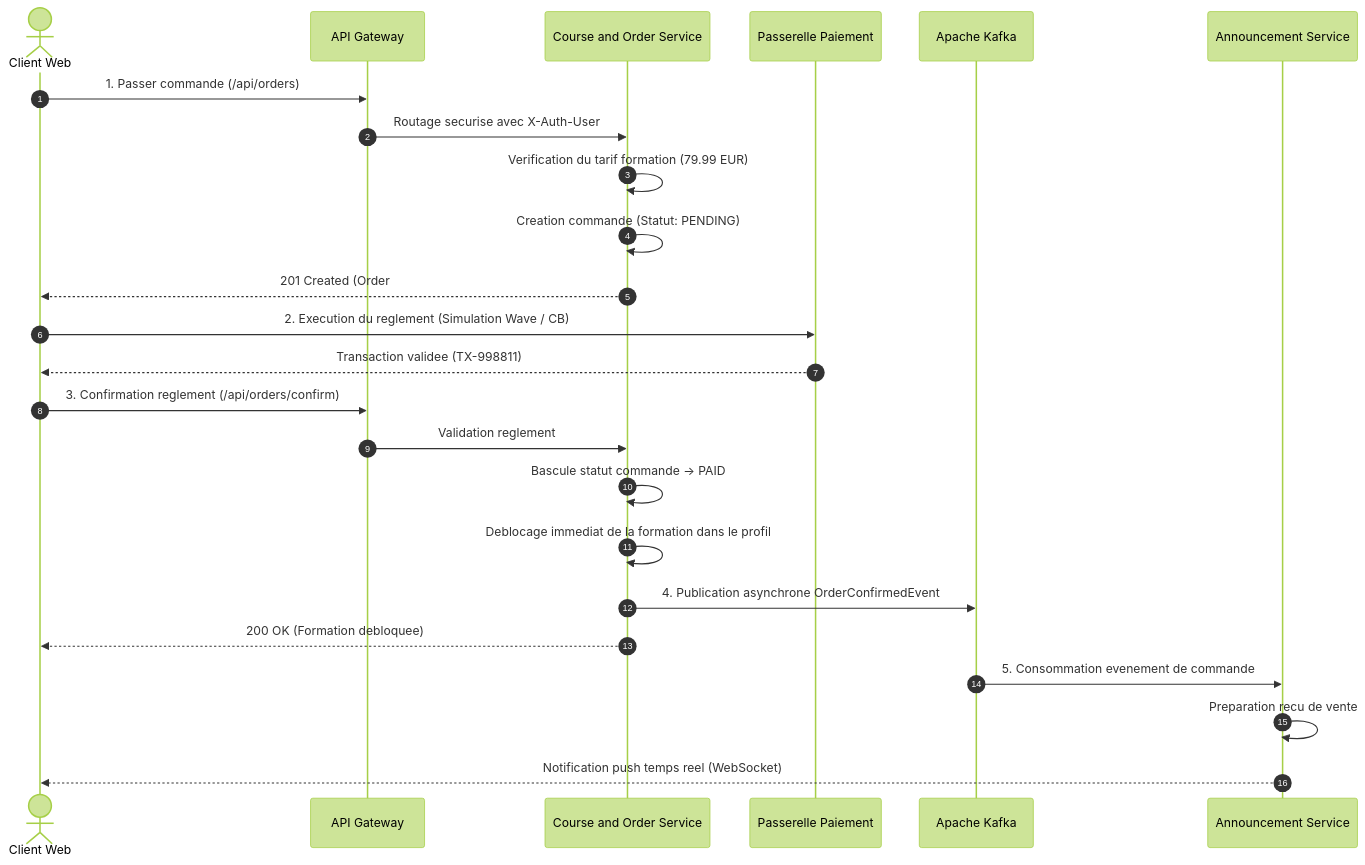
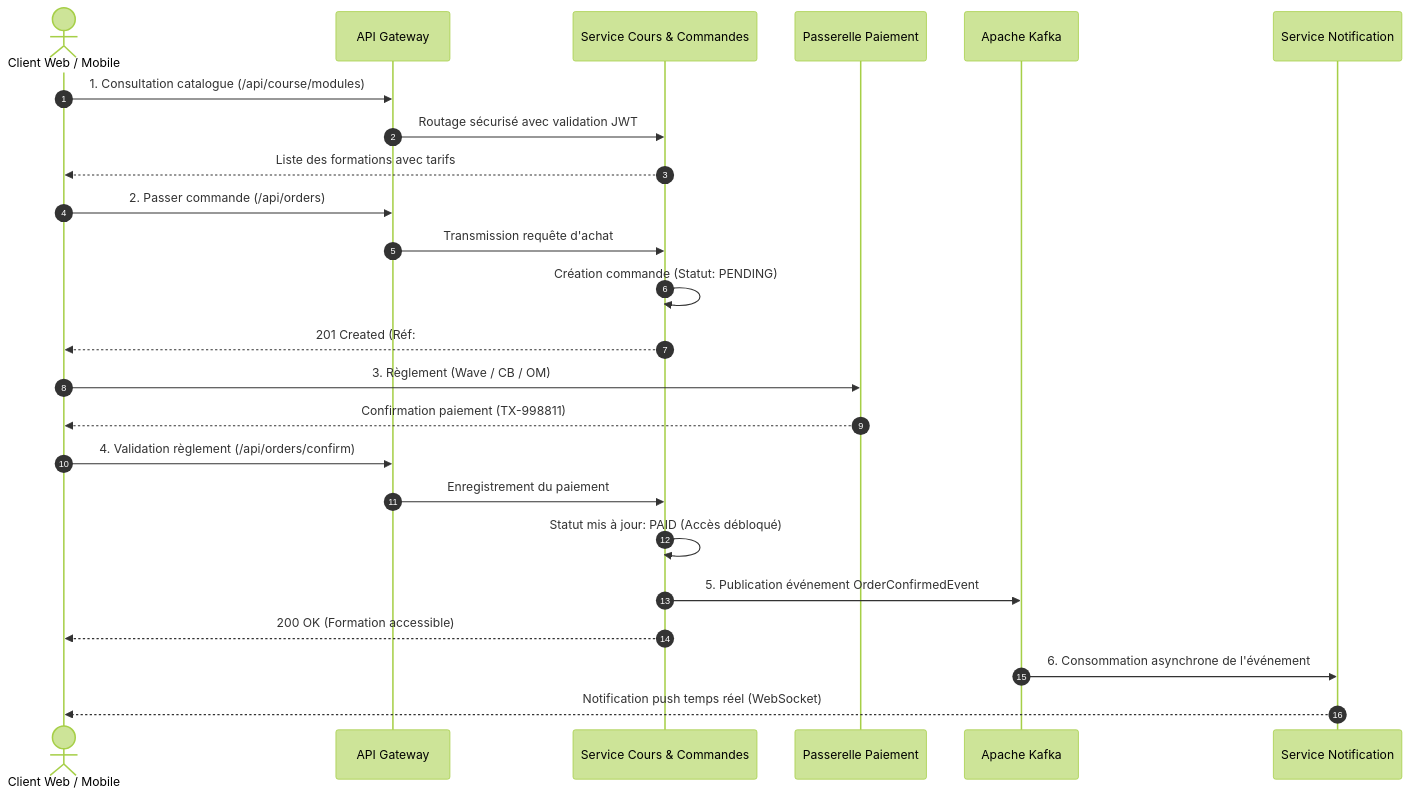
One commit to cloudDevML/architecture-logicielle-ecommerce changed the fourth of 5 diagrams in rapport/RAPPORT_ARCHITECTURE_LOGICIELLE.md. Above: the diagram before and after it, drawn with Mermaid (forest theme). The commit also changed other lines of this file and 2 other files, not shown here.

Commit message:
docs(architecture): integration de la matrice de decision, DDD strategique et Clean Architecture dans le rapport

````diff
--- a/rapport/RAPPORT_ARCHITECTURE_LOGICIELLE.md
+++ b/rapport/RAPPORT_ARCHITECTURE_LOGICIELLE.md
@@ -218,30 +245,31 @@
 ```mermaid
 sequenceDiagram
     autonumber
-    actor Client as Client Web
+    actor Client as Client Web / Mobile
     participant GW as API Gateway
-    participant CS as Course and Order Service
+    participant CS as Service Cours & Commandes
     participant Pay as Passerelle Paiement
     participant KF as Apache Kafka
-    participant NS as Announcement Service
+    participant NS as Service Notification
 
-    Client->>GW: 1. Passer commande (/api/orders)
-    GW->>CS: Routage securise avec X-Auth-User
-    CS->>CS: Verification du tarif formation (79.99 EUR)
-    CS->>CS: Creation commande (Statut: PENDING)
-    CS-->>Client: 201 Created (Order #ORD-70EB8D22)
+    Client->>GW: 1. Consultation catalogue (/api/course/modules)
+    GW->>CS: Routage sécurisé avec validation JWT
+    CS-->>Client: Liste des formations avec tarifs
 
-    Client->>Pay: 2. Execution du reglement (Simulation Wave / CB)
-    Pay-->>Client: Transaction validee (TX-998811)
+    Client->>GW: 2. Passer commande (/api/orders)
+    GW->>CS: Transmission requête d'achat
+    CS->>CS: Création commande (Statut: PENDING)
+    CS-->>Client: 201 Created (Réf: #ORD-70EB8D22)
 
-    Client->>GW: 3. Confirmation reglement (/api/orders/confirm)
-    GW->>CS: Validation reglement
-    CS->>CS: Bascule statut commande -> PAID
-    CS->>CS: Deblocage immediat de la formation dans le profil
-    CS->>KF: 4. Publication asynchrone OrderConfirmedEvent
-    CS-->>Client: 200 OK (Formation debloquee)
+    Client->>Pay: 3. Règlement (Wave / CB / OM)
+    Pay-->>Client: Confirmation paiement (TX-998811)
 
-    KF->>NS: 5. Consommation evenement de commande
-    NS->>NS: Preparation recu de vente
-    NS-->>Client: Notification push temps reel (WebSocket)
+    Client->>GW: 4. Validation règlement (/api/orders/confirm)
+    GW->>CS: Enregistrement du paiement
+    CS->>CS: Statut mis à jour: PAID (Accès débloqué)
+    CS->>KF: 5. Publication événement OrderConfirmedEvent
+    CS-->>Client: 200 OK (Formation accessible)
+
+    KF->>NS: 6. Consommation asynchrone de l'événement
+    NS-->>Client: Notification push temps réel (WebSocket)
 ```
````
